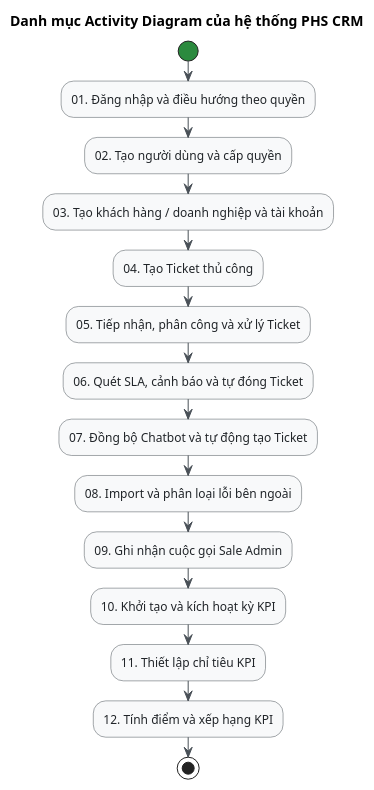
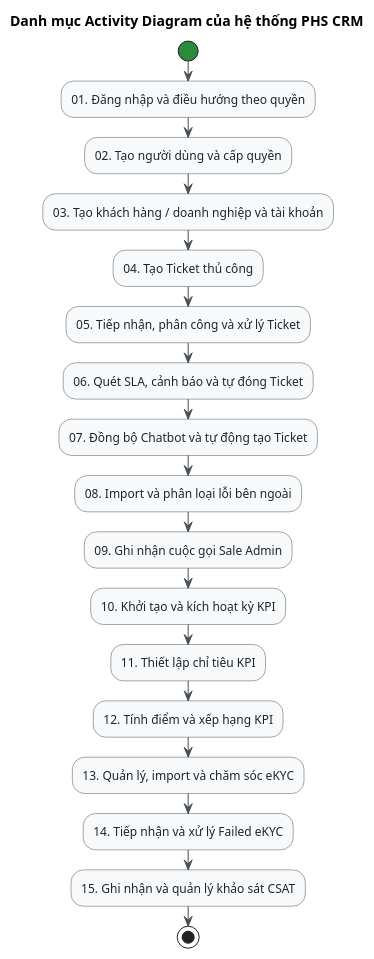
The diagram in docs/PHS_CRM_Activity_Diagrams_PlantUML/00_danh_muc_so_do.puml (ngodinhtruong/crm-ccc-phs), drawn with PlantUML before and after one commit. The commit also changed 20 other files, not shown here.

```diff
--- a/docs/PHS_CRM_Activity_Diagrams_PlantUML/00_danh_muc_so_do.puml
+++ b/docs/PHS_CRM_Activity_Diagrams_PlantUML/00_danh_muc_so_do.puml
@@ -1,35 +1,38 @@
 @startuml
 skinparam backgroundColor transparent
 skinparam shadowing false
 skinparam defaultFontName Arial
 skinparam activity {
   BackgroundColor #F8F9FA
   BorderColor #495057
   DiamondBackgroundColor #FFF3BF
   DiamondBorderColor #E67700
   StartColor #2B8A3E
   EndColor #C92A2A
   BarColor #495057
   FontColor #212529
 }
 skinparam ArrowColor #495057
 skinparam NoteBackgroundColor #FFF9DB
 skinparam NoteBorderColor #E67700
 
 title Danh mục Activity Diagram của hệ thống PHS CRM
 
 start
 :01. Đăng nhập và điều hướng theo quyền;
 :02. Tạo người dùng và cấp quyền;
 :03. Tạo khách hàng / doanh nghiệp và tài khoản;
 :04. Tạo Ticket thủ công;
 :05. Tiếp nhận, phân công và xử lý Ticket;
 :06. Quét SLA, cảnh báo và tự đóng Ticket;
 :07. Đồng bộ Chatbot và tự động tạo Ticket;
 :08. Import và phân loại lỗi bên ngoài;
 :09. Ghi nhận cuộc gọi Sale Admin;
 :10. Khởi tạo và kích hoạt kỳ KPI;
 :11. Thiết lập chỉ tiêu KPI;
 :12. Tính điểm và xếp hạng KPI;
+:13. Quản lý, import và chăm sóc eKYC;
+:14. Tiếp nhận và xử lý Failed eKYC;
+:15. Ghi nhận và quản lý khảo sát CSAT;
 stop
 @enduml
```
